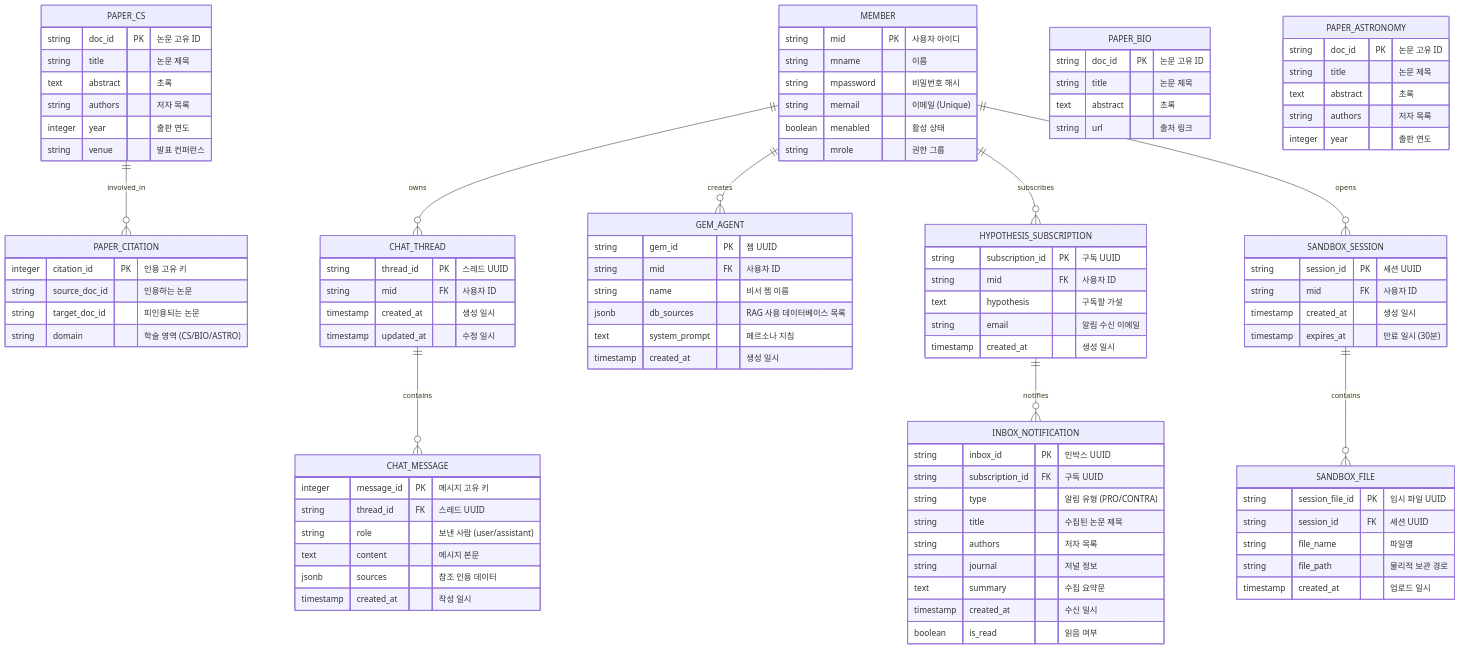
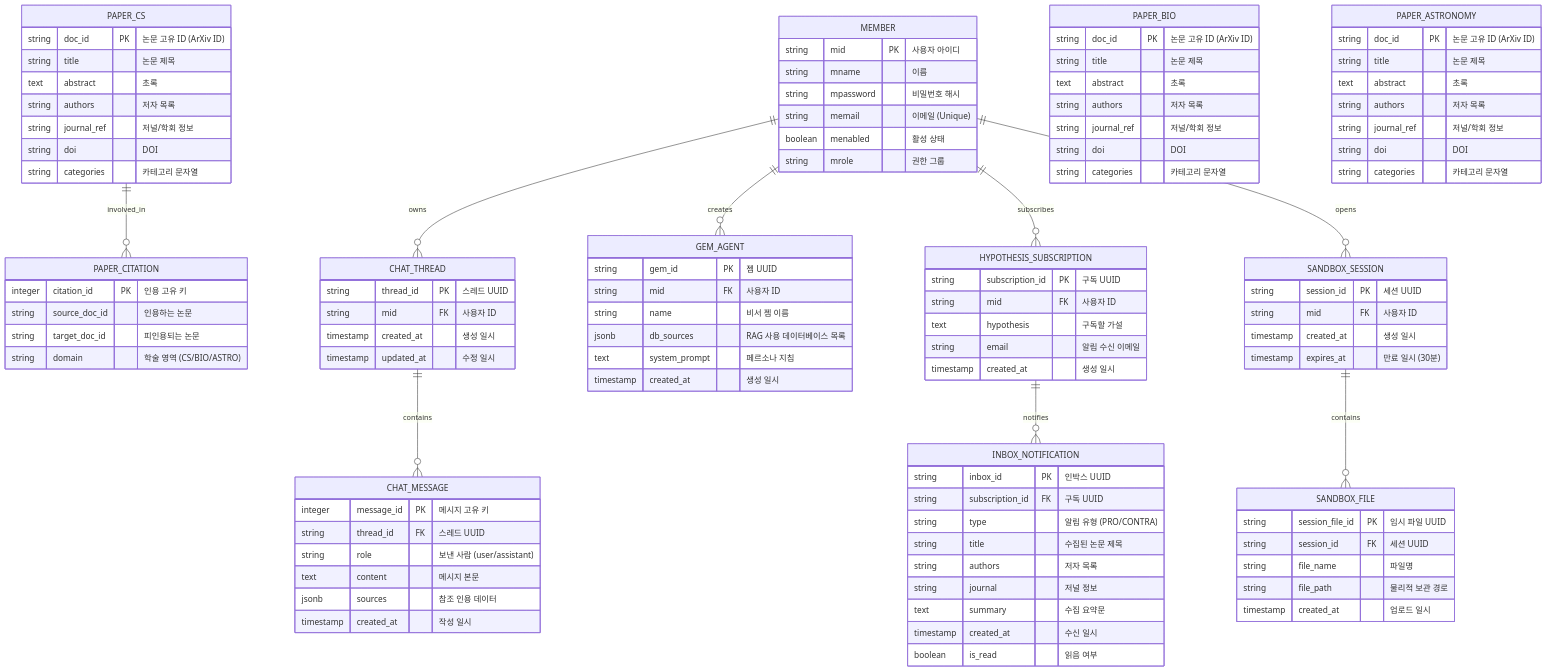
Before and after one commit to bist-mini-2/bist-mini-2: the diagram in docs/deliverables/2nd/project_plans/dataset-eda-db-schema.md, drawn with Mermaid. The commit also changed other lines of this file and 2 other files, not shown here.

Commit message:
docs: replace MTEB with Kaggle arXiv dataset and map to 3 domains

```diff
--- a/docs/deliverables/2nd/project_plans/dataset-eda-db-schema.md
+++ b/docs/deliverables/2nd/project_plans/dataset-eda-db-schema.md
@@ -81,27 +80,33 @@
     }
 
     PAPER_CS {
-        string doc_id PK "논문 고유 ID"
+        string doc_id PK "논문 고유 ID (ArXiv ID)"
         string title "논문 제목"
         text abstract "초록"
         string authors "저자 목록"
-        integer year "출판 연도"
-        string venue "발표 컨퍼런스"
+        string journal_ref "저널/학회 정보"
+        string doi "DOI"
+        string categories "카테고리 문자열"
     }
 
     PAPER_BIO {
-        string doc_id PK "논문 고유 ID"
+        string doc_id PK "논문 고유 ID (ArXiv ID)"
         string title "논문 제목"
         text abstract "초록"
-        string url "출처 링크"
+        string authors "저자 목록"
+        string journal_ref "저널/학회 정보"
+        string doi "DOI"
+        string categories "카테고리 문자열"
     }
 
     PAPER_ASTRONOMY {
-        string doc_id PK "논문 고유 ID"
+        string doc_id PK "논문 고유 ID (ArXiv ID)"
         string title "논문 제목"
         text abstract "초록"
         string authors "저자 목록"
-        integer year "출판 연도"
+        string journal_ref "저널/학회 정보"
+        string doi "DOI"
+        string categories "카테고리 문자열"
     }
 
     PAPER_CITATION {
```
